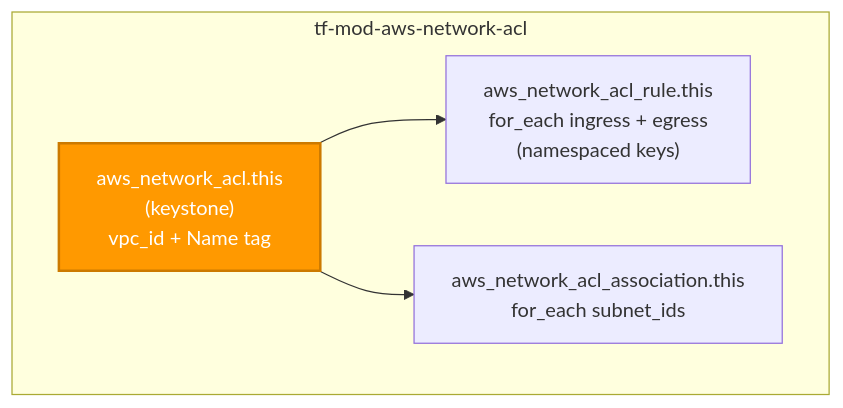
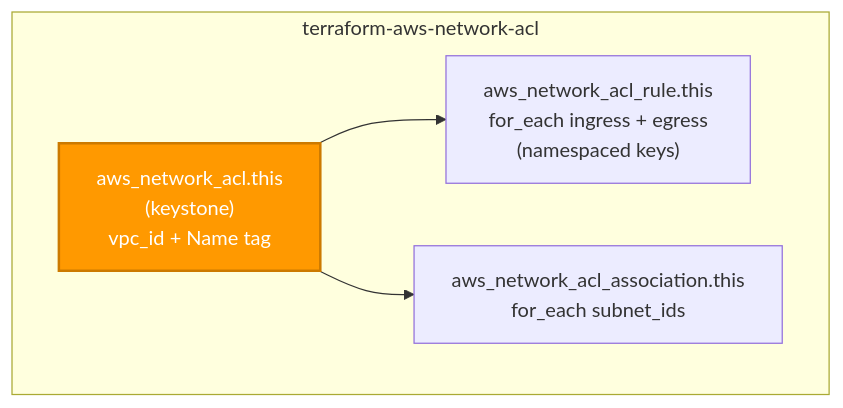
One commit to microsoftexpert/terraform-aws-network-acl changed the second of 2 diagrams in README.md. Above: the diagram before and after it, drawn with Mermaid. The commit also changed other lines of this file and 2 other files, not shown here.

````diff
--- a/README.md
+++ b/README.md
@@ -65,13 +65,13 @@
 ```mermaid
 flowchart TD
- subgraph mod["tf-mod-aws-network-acl"]
+ subgraph mod["terraform-aws-network-acl"]
  acl["aws_network_acl.this<br/>(keystone)<br/>vpc_id + Name tag"]
  rule["aws_network_acl_rule.this<br/>for_each ingress + egress<br/>(namespaced keys)"]
  assoc["aws_network_acl_association.this<br/>for_each subnet_ids"]
  end
 
  acl --> rule
  acl --> assoc
 
  style acl fill:#FF9900,color:#fff,stroke:#cc7a00,stroke-width:2px
 ```
````
